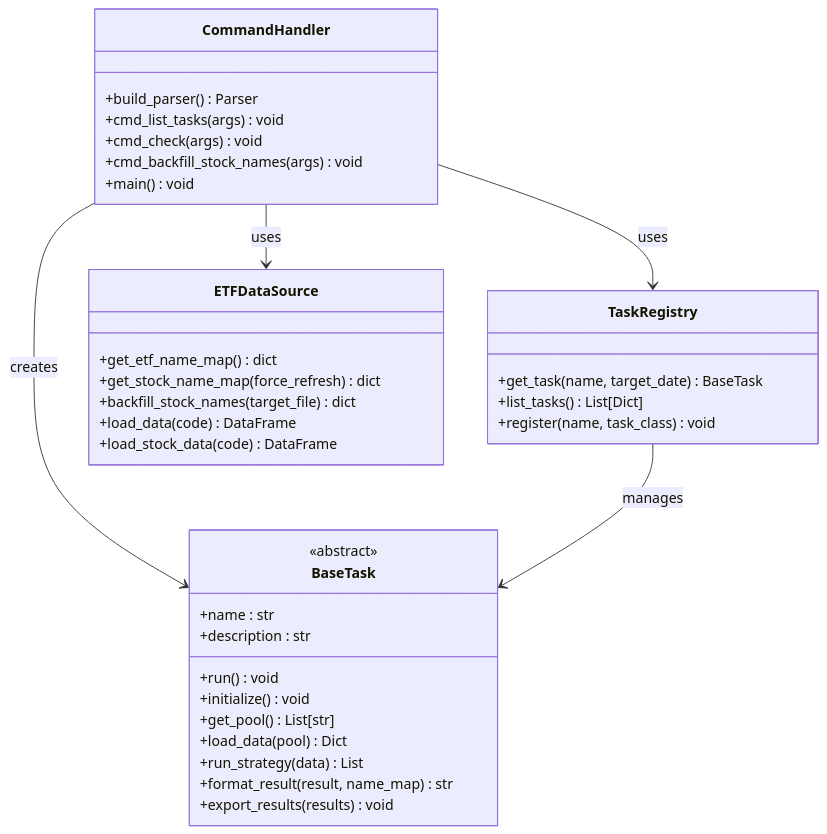
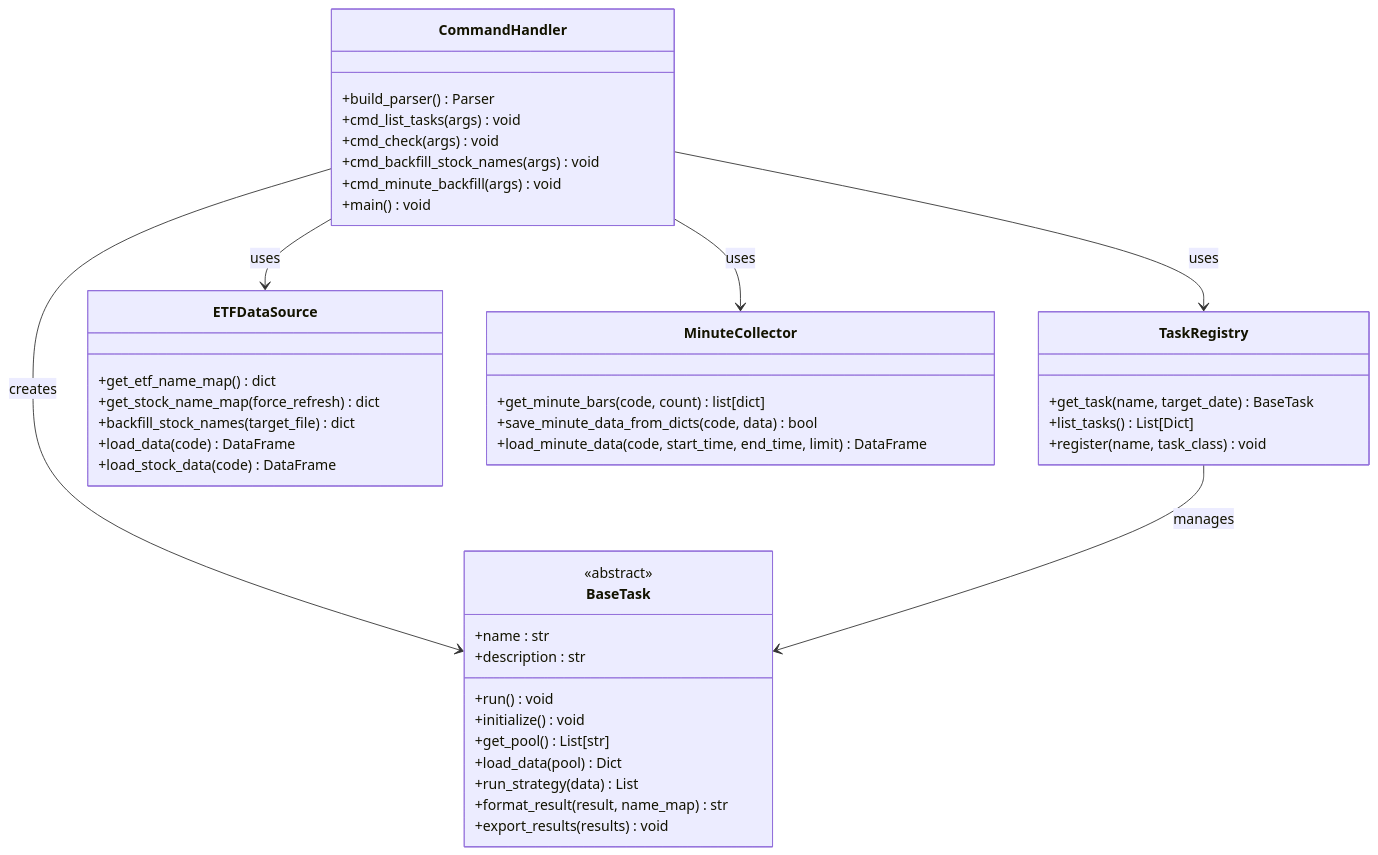
The second of 8 diagrams in .qoder/repowiki/zh/content/CLI命令参考/实用工具命令.md (ldeng76/quant-ETF), drawn with Mermaid before and after one commit. The commit also changed other lines of this file and 18 other files, not shown here.

````diff
--- a/.qoder/repowiki/zh/content/CLI命令参考/实用工具命令.md
+++ b/.qoder/repowiki/zh/content/CLI命令参考/实用工具命令.md
@@ -89,38 +105,45 @@
 ```mermaid
 classDiagram
 class CommandHandler {
 +build_parser() Parser
 +cmd_list_tasks(args) void
 +cmd_check(args) void
 +cmd_backfill_stock_names(args) void
++cmd_minute_backfill(args) void
 +main() void
 }
 class TaskRegistry {
 +get_task(name, target_date) BaseTask
 +list_tasks() List[Dict]
 +register(name, task_class) void
 }
 class BaseTask {
 <<abstract>>
 +name : str
 +description : str
 +run() void
 +initialize() void
 +get_pool() List[str]
 +load_data(pool) Dict
 +run_strategy(data) List
 +format_result(result, name_map) str
 +export_results(results) void
 }
 class ETFDataSource {
 +get_etf_name_map() dict
 +get_stock_name_map(force_refresh) dict
 +backfill_stock_names(target_file) dict
 +load_data(code) DataFrame
 +load_stock_data(code) DataFrame
 }
+class MinuteCollector {
++get_minute_bars(code, count) list[dict]
++save_minute_data_from_dicts(code, data) bool
++load_minute_data(code, start_time, end_time, limit) DataFrame
+}
 CommandHandler --> TaskRegistry : uses
 CommandHandler --> BaseTask : creates
 CommandHandler --> ETFDataSource : uses
+CommandHandler --> MinuteCollector : uses
 TaskRegistry --> BaseTask : manages
 ```
````
